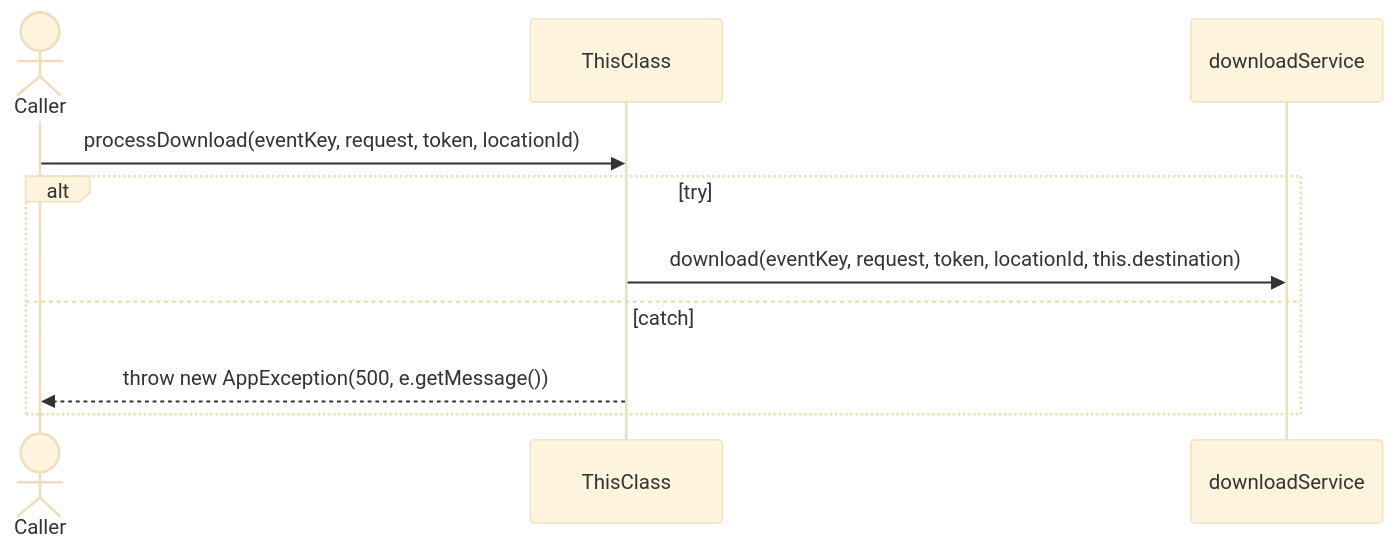
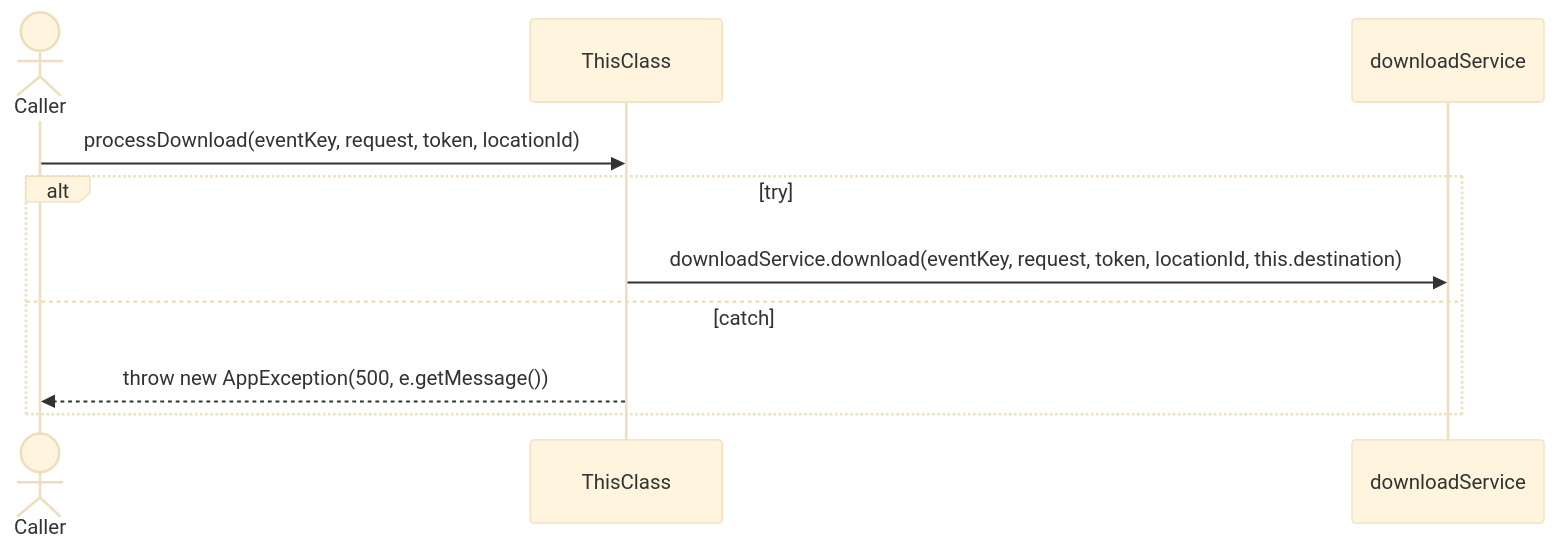
Before and after one commit to FelipeMCassiano/geanky: the eighth of 16 diagrams in docs/CloudSyncUploadService.md, drawn with Mermaid (base theme). The commit also changed other lines of this file and 6 other files, not shown here.

````diff
--- a/docs/CloudSyncUploadService.md
+++ b/docs/CloudSyncUploadService.md
@@ -641,14 +641,14 @@
 ```mermaid
 sequenceDiagram
     actor Caller
     participant ThisClass
     participant downloadService
 
     Caller->>ThisClass: processDownload(eventKey, request, token, locationId)
     alt try
-    ThisClass->>downloadService: download(eventKey, request, token, locationId, this.destination)
+    ThisClass->>downloadService: downloadService.download(eventKey, request, token, locationId, this.destination)
     else catch 
     ThisClass-->>Caller: throw new AppException(500, e.getMessage())
     end
 
 ```
````
